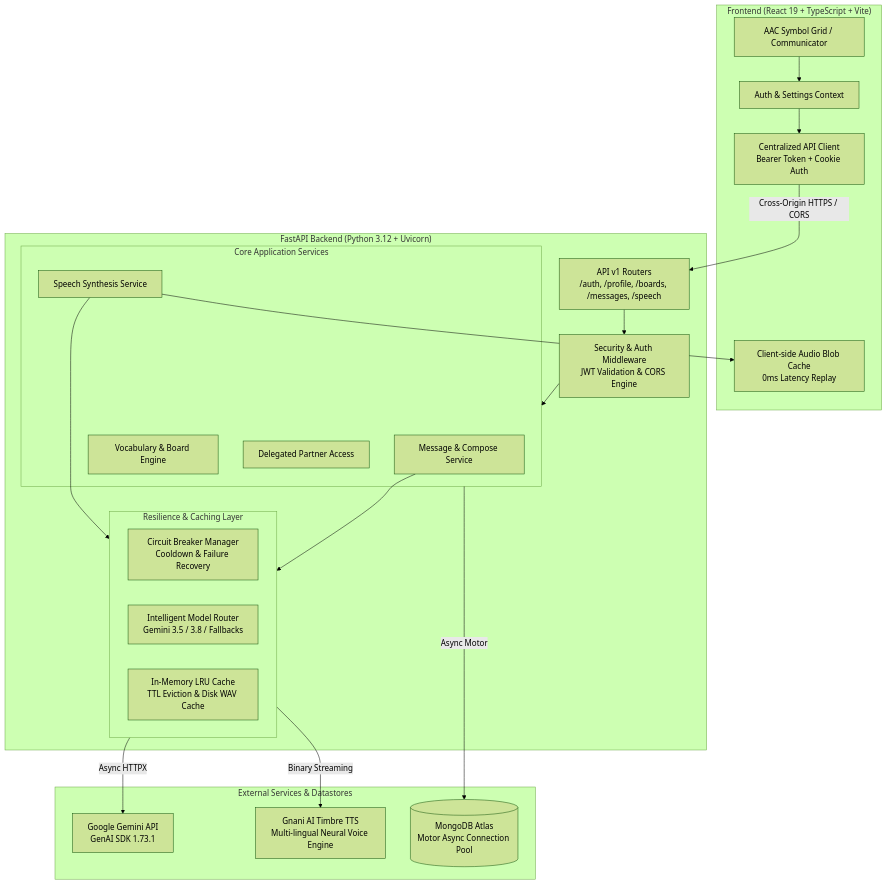
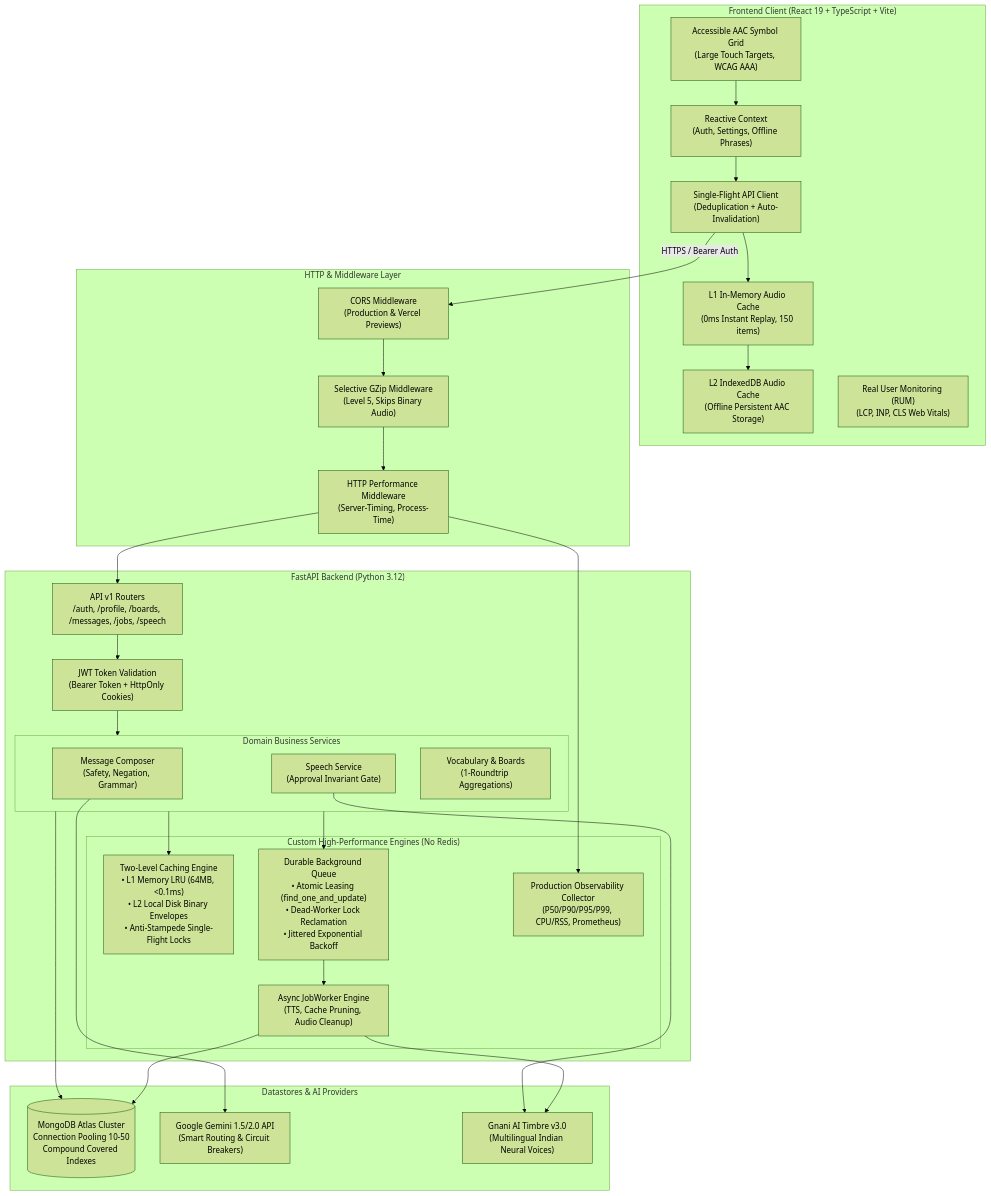
The first of 2 diagrams in README.md (amit81127/samman-ai), drawn with Mermaid (forest theme) before and after one commit. The commit also changed other lines of this file and 39 other files, not shown here.

Commit message:
add background jobs

````diff
--- a/README.md
+++ b/README.md
@@ -34,48 +34,63 @@
 ```mermaid
 flowchart TD
-    subgraph Client["Frontend (React 19 + TypeScript + Vite)"]
-        UI[AAC Symbol Grid / Communicator]
-        State[Auth & Settings Context]
-        BlobCache[Client-side Audio Blob Cache\n0ms Latency Replay]
-        APIClient[Centralized API Client\nBearer Token + Cookie Auth]
+    subgraph Client["Frontend Client (React 19 + TypeScript + Vite)"]
+        UI["Accessible AAC Symbol Grid\n(Large Touch Targets, WCAG AAA)"]
+        State["Reactive Context\n(Auth, Settings, Offline Phrases)"]
+        L1Audio["L1 In-Memory Audio Cache\n(0ms Instant Replay, 150 items)"]
+        L2IDB["L2 IndexedDB Audio Cache\n(Offline Persistent AAC Storage)"]
+        ClientAPI["Single-Flight API Client\n(Deduplication + Auto-Invalidation)"]
+        RUM["Real User Monitoring (RUM)\n(LCP, INP, CLS Web Vitals)"]
     end
 
-    subgraph CloudBackend["FastAPI Backend (Python 3.12 + Uvicorn)"]
-        Router["API v1 Routers\n/auth, /profile, /boards, /messages, /speech"]
-        AuthMiddleware["Security & Auth Middleware\nJWT Validation & CORS Engine"]
+    subgraph Edge["HTTP & Middleware Layer"]
+        CORS["CORS Middleware\n(Production & Vercel Previews)"]
+        GZip["Selective GZip Middleware\n(Level 5, Skips Binary Audio)"]
+        Timing["HTTP Performance Middleware\n(Server-Timing, Process-Time)"]
+    end
+
+    subgraph CloudBackend["FastAPI Backend (Python 3.12)"]
+        Router["API v1 Routers\n/auth, /profile, /boards, /messages, /jobs, /speech"]
+        Auth["JWT Token Validation\n(Bearer Token + HttpOnly Cookies)"]
         
-        subgraph Services["Core Application Services"]
-            MsgService[Message & Compose Service]
-            SpeechService[Speech Synthesis Service]
-            BoardService[Vocabulary & Board Engine]
-            PartnerService[Delegated Partner Access]
+        subgraph Services["Domain Business Services"]
+            MsgService["Message Composer\n(Safety, Negation, Grammar)"]
+            SpeechService["Speech Service\n(Approval Invariant Gate)"]
+            BoardService["Vocabulary & Boards\n(1-Roundtrip Aggregations)"]
         end
 
-        subgraph Resilience["Resilience & Caching Layer"]
-            CircuitBreaker[Circuit Breaker Manager\nCooldown & Failure Recovery]
-            ModelRouter[Intelligent Model Router\nGemini 3.5 / 3.8 / Fallbacks]
-            LRUCache[In-Memory LRU Cache\nTTL Eviction & Disk WAV Cache]
+        subgraph CoreEngine["Custom High-Performance Engines (No Redis)"]
+            TwoTierCache["Two-Level Caching Engine\n• L1 Memory LRU (64MB, <0.1ms)\n• L2 Local Disk Binary Envelopes\n• Anti-Stampede Single-Flight Locks"]
+            DurableQueue["Durable Background Queue\n• Atomic Leasing (find_one_and_update)\n• Dead-Worker Lock Reclamation\n• Jittered Exponential Backoff"]
+            Worker["Async JobWorker Engine\n(TTS, Cache Pruning, Audio Cleanup)"]
+            Telemetry["Production Observability Collector\n(P50/P90/P95/P99, CPU/RSS, Prometheus)"]
         end
     end
 
-    subgraph External["External Services & Datastores"]
-        Gemini[Google Gemini API\nGenAI SDK 1.73.1]
-        Gnani[Gnani AI Timbre TTS\nMulti-lingual Neural Voice Engine]
-        MongoDB[(MongoDB Atlas\nMotor Async Connection Pool)]
+    subgraph Datastores["Datastores & AI Providers"]
+        MongoDB[("MongoDB Atlas Cluster\nConnection Pooling 10-50\nCompound Covered Indexes")]
+        Gemini["Google Gemini 1.5/2.0 API\n(Smart Routing & Circuit Breakers)"]
+        Gnani["Gnani AI Timbre v3.0\n(Multilingual Indian Neural Voices)"]
     end
 
     UI --> State
-    State --> APIClient
-    APIClient -->|Cross-Origin HTTPS / CORS| Router
-    Router --> AuthMiddleware
-    AuthMiddleware --> Services
+    State --> ClientAPI
+    ClientAPI --> L1Audio
+    L1Audio --> L2IDB
+    ClientAPI -->|HTTPS / Bearer Auth| CORS
+    CORS --> GZip
+    GZip --> Timing
+    Timing --> Router
+    Router --> Auth
+    Auth --> Services
     
-    MsgService --> Resilience
-    Resilience -->|Async HTTPX| Gemini
+    Services --> TwoTierCache
+    Services --> DurableQueue
+    DurableQueue --> Worker
+    Worker --> MongoDB
+    Worker --> Gnani
     
-    SpeechService --> Resilience
-    Resilience -->|Binary Streaming| Gnani
-    
-    Services -->|Async Motor| MongoDB
-    SpeechService --> BlobCache
+    MsgService --> Gemini
+    SpeechService --> Gnani
+    Services --> MongoDB
+    Timing --> Telemetry
 ```
````
